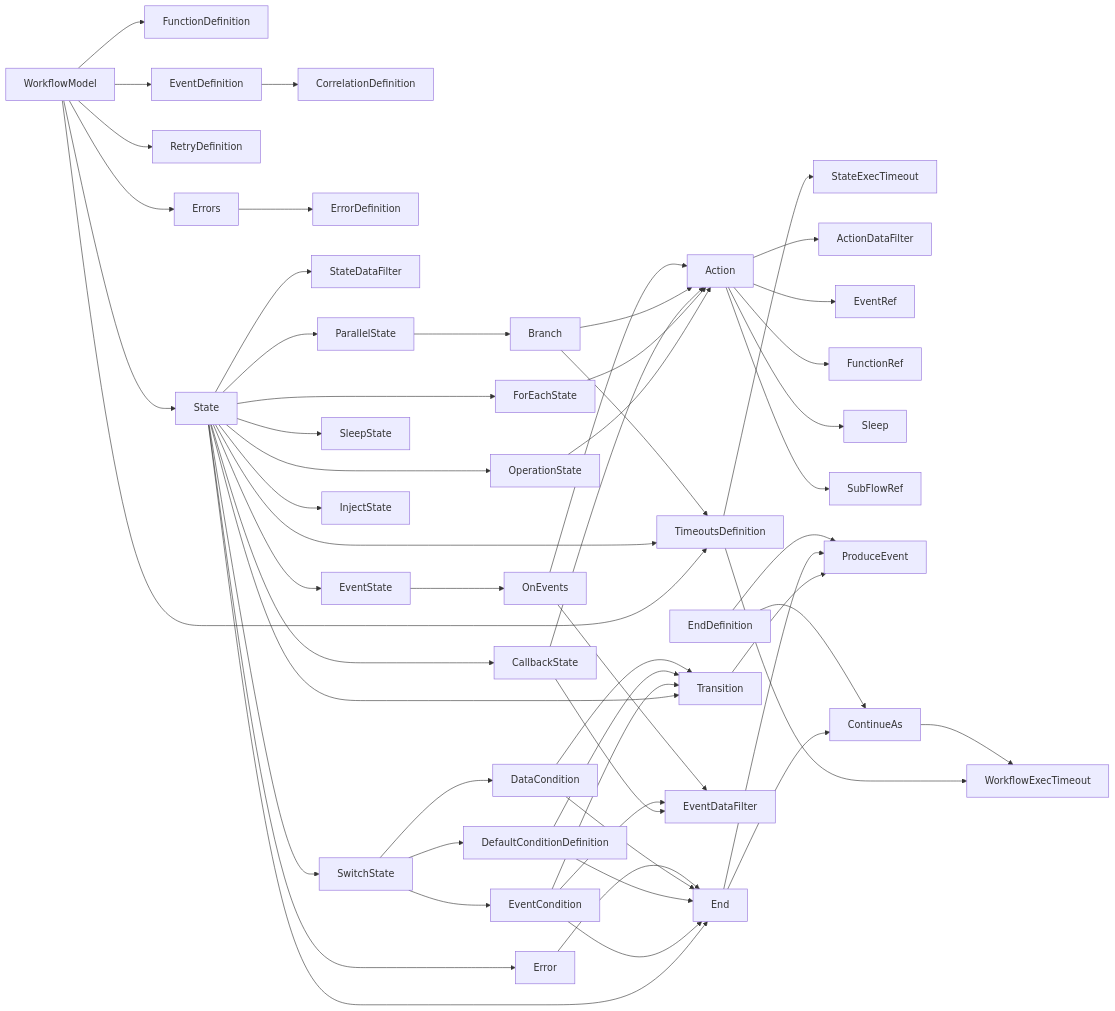
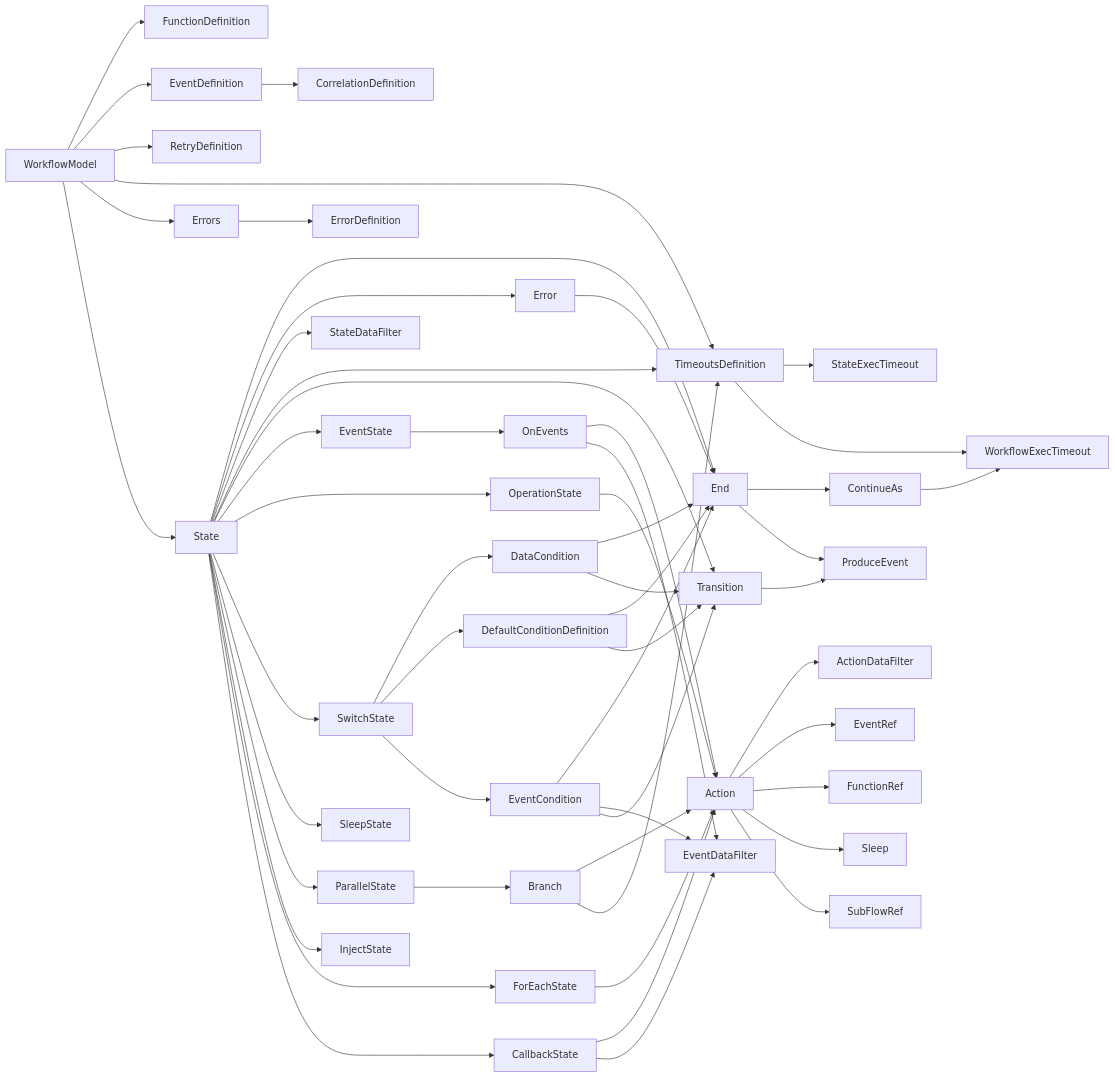
Before and after one commit to hbelmiro/serverless-workflow-validations: the first of 13 diagrams in diagram.md, drawn with Mermaid. The commit also changed other lines of this file and 1 other file, not shown here.

Commit message:
Updated diagram and validations

````diff
--- a/diagram.md
+++ b/diagram.md
@@ -5,80 +5,77 @@
 ```mermaid
-  graph LR;
-  WorkflowModel-->FunctionDefinition;
-  WorkflowModel-->EventDefinition;
-  WorkflowModel-->RetryDefinition;
-  WorkflowModel-->TimeoutsDefinition;
-  WorkflowModel-->Errors;
-  WorkflowModel-->State;
+  graph LR
+  WorkflowModel-->FunctionDefinition
+  WorkflowModel-->EventDefinition
+  WorkflowModel-->RetryDefinition
+  WorkflowModel-->TimeoutsDefinition
+  WorkflowModel-->Errors
+  WorkflowModel-->State
   
-  EventDefinition-->CorrelationDefinition;
+  EventDefinition-->CorrelationDefinition
   
-  TimeoutsDefinition-->StateExecTimeout;
-  TimeoutsDefinition-->WorkflowExecTimeout;
+  TimeoutsDefinition-->StateExecTimeout
+  TimeoutsDefinition-->WorkflowExecTimeout
   
-  Errors-->ErrorDefinition;
+  Errors-->ErrorDefinition
   
-  State-->End;
-  State-->Error;
+  State-->End
+  State-->Error
   State-->StateDataFilter
-  State-->TimeoutsDefinition;
-  State-->Transition;
+  State-->TimeoutsDefinition
+  State-->Transition
   
-  State-->EventState;
-  State-->OperationState;
-  State-->SwitchState;
-  State-->SleepState;
-  State-->ParallelState;
-  State-->InjectState;
-  State-->ForEachState;
-  State-->CallbackState;
+  State-->EventState
+  State-->OperationState
+  State-->SwitchState
+  State-->SleepState
+  State-->ParallelState
+  State-->InjectState
+  State-->ForEachState
+  State-->CallbackState
   
-  EventState-->OnEvents;
+  EventState-->OnEvents
   
-  OperationState-->Action;
+  OperationState-->Action
   
-  SwitchState-->DataCondition;
-  SwitchState-->DefaultConditionDefinition;
-  SwitchState-->EventCondition;
+  SwitchState-->DataCondition
+  SwitchState-->DefaultConditionDefinition
+  SwitchState-->EventCondition
   
-  ParallelState-->Branch;
+  ParallelState-->Branch
   
-  ForEachState-->Action;
+  ForEachState-->Action
   
-  CallbackState-->Action;
-  CallbackState-->EventDataFilter;
+  CallbackState-->Action
+  CallbackState-->EventDataFilter
   
-  Branch-->Action;
-  Branch-->TimeoutsDefinition;
+  Branch-->Action
+  Branch-->TimeoutsDefinition
   
-  EventCondition-->End;
-  EventCondition-->EventDataFilter;
-  EventCondition-->Transition;
+  EventCondition-->End
+  EventCondition-->EventDataFilter
+  EventCondition-->Transition
   
-  DefaultConditionDefinition-->End;
-  DefaultConditionDefinition-->Transition;
+  DefaultConditionDefinition-->End
+  DefaultConditionDefinition-->Transition
   
-  DataCondition-->End;
-  DataCondition-->Transition;
+  DataCondition-->End
+  DataCondition-->Transition
   
-  OnEvents-->Action;
+  OnEvents-->Action
   OnEvents-->EventDataFilter
   
-  Action-->ActionDataFilter;
-  Action-->EventRef;
-  Action-->FunctionRef;
-  Action-->Sleep;
-  Action-->SubFlowRef;
+  Action-->ActionDataFilter
+  Action-->EventRef
+  Action-->FunctionRef
+  Action-->Sleep
+  Action-->SubFlowRef
   
-  Transition-->ProduceEvent;
+  Transition-->ProduceEvent
   
-  Error-->End;
+  Error-->End
   
-  End-->ContinueAs;
-  End-->ProduceEvent;
+  End-->ContinueAs
+  End-->ProduceEvent
   
-  EndDefinition-->ProduceEvent;
-  EndDefinition-->ContinueAs;
-  
-  ContinueAs-->WorkflowExecTimeout;
+  ContinueAs-->WorkflowExecTimeout
 ```
````
